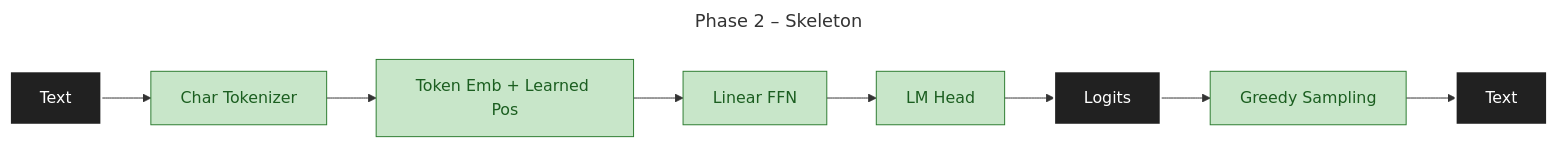
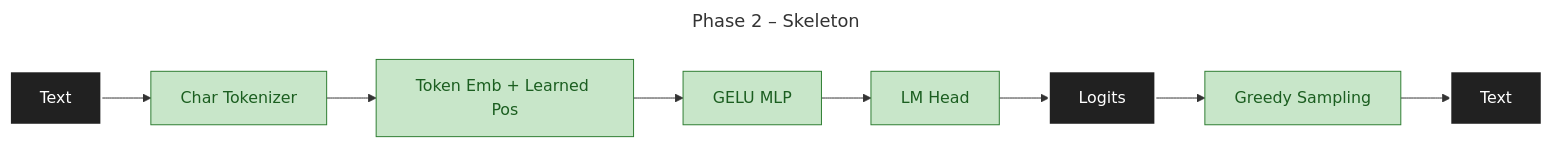
Before and after one commit to maxjbarfuss/max_llm: the first of 7 diagrams in design/DESIGN.md, drawn with Mermaid. The commit also changed other lines of this file and 10 other files, not shown here.

````diff
--- a/design/DESIGN.md
+++ b/design/DESIGN.md
@@ -15,9 +15,9 @@
 ```mermaid
 ---
 title: Phase 2 – Skeleton
 ---
 graph LR
-    A[Text]:::io --> B[Char Tokenizer]:::p2 --> C[Token Emb + Learned Pos]:::p2 --> D[Linear FFN]:::p2 --> E[LM Head]:::p2 --> F[Logits]:::io --> G[Greedy Sampling]:::p2 --> H[Text]:::io
+    A[Text]:::io --> B[Char Tokenizer]:::p2 --> C[Token Emb + Learned Pos]:::p2 --> D[GELU MLP]:::p2 --> E[LM Head]:::p2 --> F[Logits]:::io --> G[Greedy Sampling]:::p2 --> H[Text]:::io
     classDef io fill:#212121,stroke:#FFFFFF,color:#FFFFFF,stroke-width:2px
     classDef p2 fill:#C8E6C9,stroke:#2E7D32,color:#1B5E20
 ```
````
